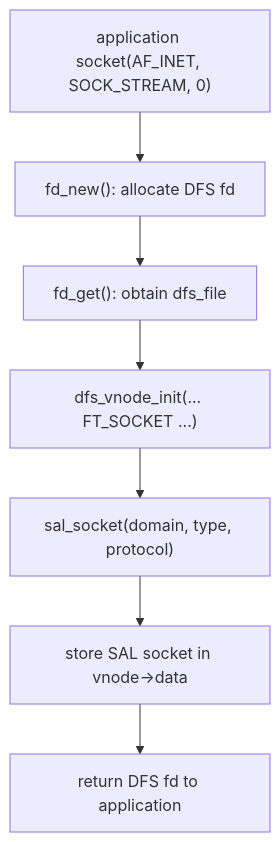
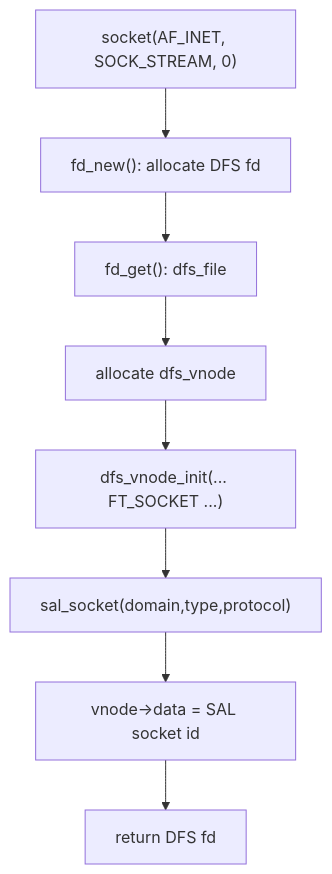
The first of 5 diagrams in docs/40-rtthread-socket-sal-lwip.md (wdfk-prog/lwIP-Source-Lab), drawn with Mermaid before and after one commit. The commit also changed other lines of this file and 49 other files, not shown here.

````diff
--- a/docs/40-rtthread-socket-sal-lwip.md
+++ b/docs/40-rtthread-socket-sal-lwip.md
@@ -21,9 +82,10 @@
 ```mermaid
 flowchart TD
-    A["application socket(AF_INET, SOCK_STREAM, 0)"] --> B["fd_new(): allocate DFS fd"]
-    B --> C["fd_get(): obtain dfs_file"]
-    C --> D["dfs_vnode_init(... FT_SOCKET ...)"]
-    D --> E["sal_socket(domain, type, protocol)"]
-    E --> F["store SAL socket in vnode->data"]
-    F --> G["return DFS fd to application"]
+    A["socket(AF_INET, SOCK_STREAM, 0)"] --> B["fd_new(): allocate DFS fd"]
+    B --> C["fd_get(): dfs_file"]
+    C --> D["allocate dfs_vnode"]
+    D --> E["dfs_vnode_init(... FT_SOCKET ...)"]
+    E --> F["sal_socket(domain,type,protocol)"]
+    F --> G["vnode->data = SAL socket id"]
+    G --> H["return DFS fd"]
 ```
````
